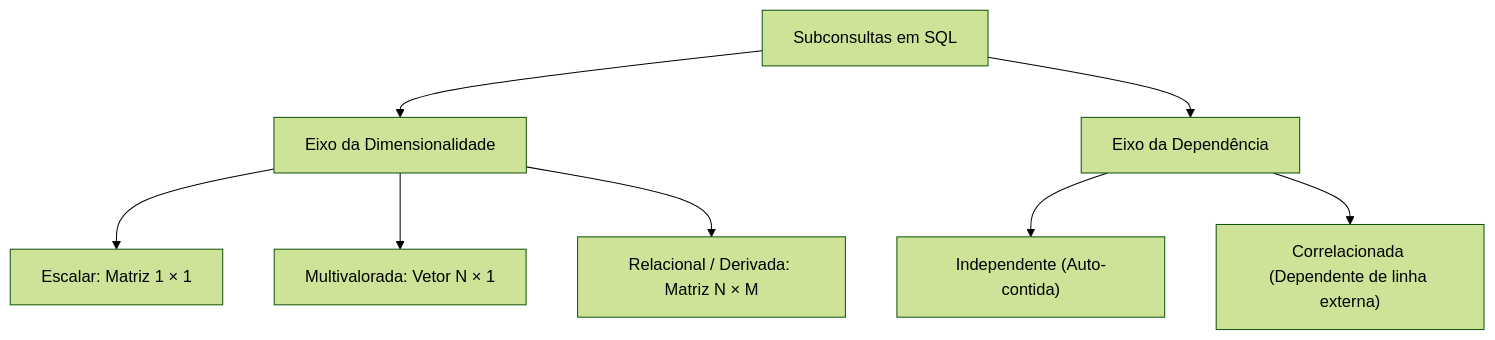
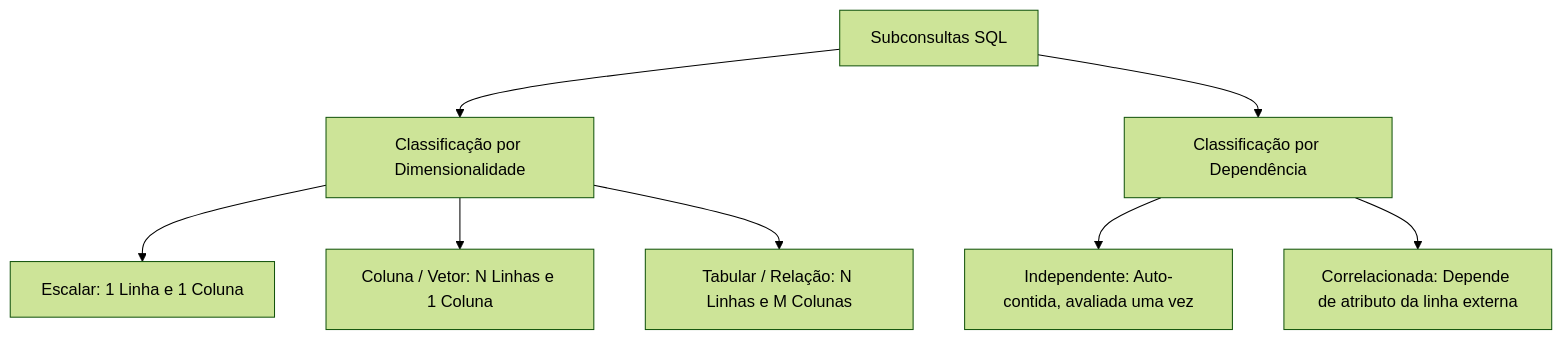
The eighth of 13 diagrams in 4º Semestre/[Prof. Welington Garcia] Tópicos Avançados em Banco de Dados/Resumos-IA/Caderno-Consolidado.md (murilolol/unifef), drawn with Mermaid (forest theme) before and after one commit. The commit also changed other lines of this file and 58 other files, not shown here.

````diff
--- a/4º Semestre/[Prof. Welington Garcia] Tópicos Avançados em Banco de Dados/Resumos-IA/Caderno-Consolidado.md
+++ b/4º Semestre/[Prof. Welington Garcia] Tópicos Avançados em Banco de Dados/Resumos-IA/Caderno-Consolidado.md
@@ -241,12 +599,14 @@
 ```mermaid
 flowchart TD
-    SQ["Subconsultas em SQL"] --> Dim["Eixo da Dimensionalidade"]
-    SQ --> Dep["Eixo da Dependência"]
+  SUB["Subconsultas SQL"]
+  
+  SUB --> DIM["Classificação por Dimensionalidade"]
+  SUB --> DEP["Classificação por Dependência"]
 
-    Dim --> Esc["Escalar: Matriz 1 × 1"]
-    Dim --> Col["Multivalorada: Vetor N × 1"]
-    Dim --> Tab["Relacional / Derivada: Matriz N × M"]
+  DIM --> ESC["Escalar: 1 Linha e 1 Coluna"]
+  DIM --> VET["Coluna / Vetor: N Linhas e 1 Coluna"]
+  DIM --> TAB["Tabular / Relação: N Linhas e M Colunas"]
 
-    Dep --> Ind["Independente (Auto-contida)"]
-    Dep --> Cor["Correlacionada (Dependente de linha externa)"]
+  DEP --> IND["Independente: Auto-contida, avaliada uma vez"]
+  DEP --> COR["Correlacionada: Depende de atributo da linha externa"]
 ```
````
